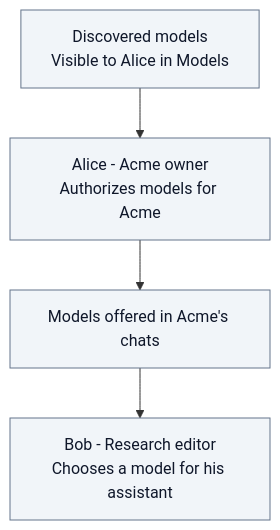
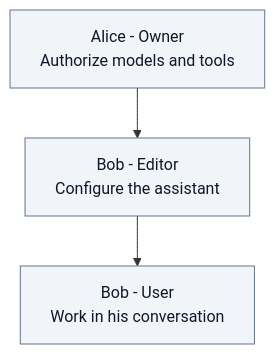
One commit to ThalesGroup/fred changed the first of 2 diagrams in docs/architecture/02.3-agent-administration.md. Above: the diagram before and after it, drawn with Mermaid. The commit also changed other lines of this file and 5 other files, not shown here.

````diff
--- a/docs/architecture/02.3-agent-administration.md
+++ b/docs/architecture/02.3-agent-administration.md
@@ -19,11 +7,10 @@
 ```mermaid
 flowchart TB
-    catalog["Discovered models<br/>Visible to Alice in Models"]
-    alice["Alice - Acme owner<br/>Authorizes models for Acme"]
-    choices["Models offered in Acme's chats"]
-    bob["Bob - Research editor<br/>Chooses a model for his assistant"]
-    catalog --> alice --> choices --> bob
+    authorize["Alice - Owner<br/>Authorize models and tools"]
+    configure["Bob - Editor<br/>Configure the assistant"]
+    work["Bob - User<br/>Work in his conversation"]
+    authorize --> configure --> work
 
     classDef neutral fill:#F1F5F9,stroke:#64748B,color:#0F172A
-    class catalog,alice,choices,bob neutral
+    class authorize,configure,work neutral
 ```
````
